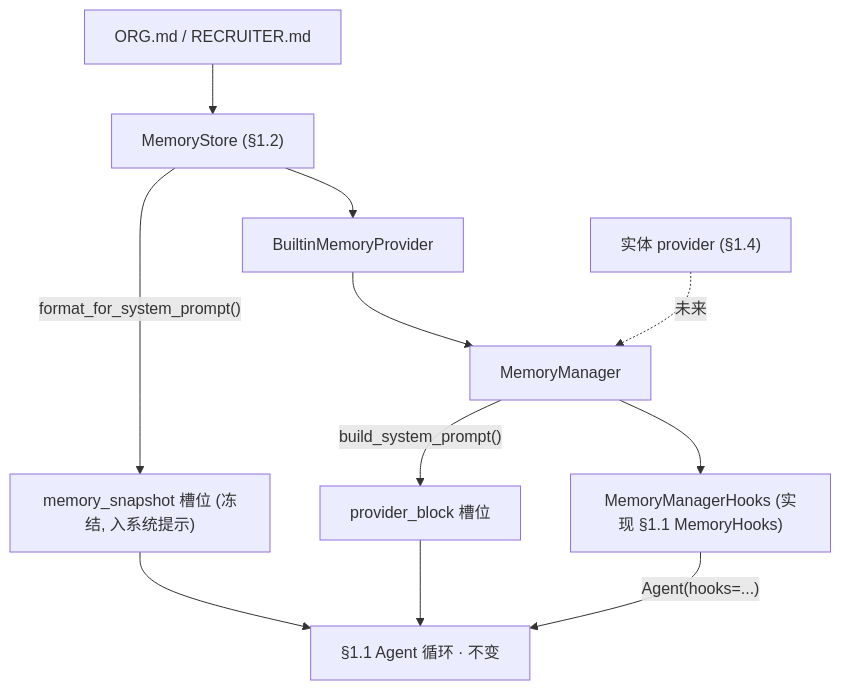
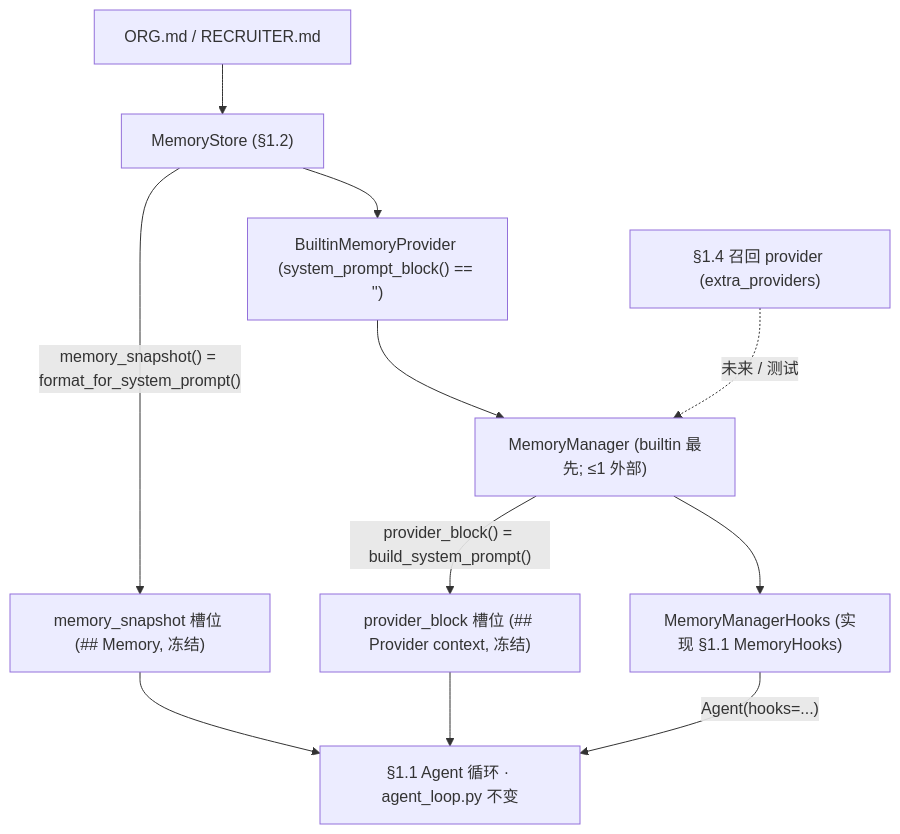
The first of 2 diagrams in site/devlog/p0-1.3-memory-provider-manager.md (Ruihang2017/Jobpin-Agent), drawn with Mermaid before and after one commit. The commit also changed other lines of this file and 5 other files, not shown here.

````diff
--- a/site/devlog/p0-1.3-memory-provider-manager.md
+++ b/site/devlog/p0-1.3-memory-provider-manager.md
@@ -23,13 +267,13 @@
 ```mermaid
 flowchart TD
     F["ORG.md / RECRUITER.md"] --> STORE["MemoryStore (§1.2)"]
-    STORE -->|"format_for_system_prompt()"| SNAP["memory_snapshot 槽位 (冻结, 入系统提示)"]
-    STORE --> BP["BuiltinMemoryProvider"]
-    BP --> MGR["MemoryManager"]
-    X4["实体 provider (§1.4)"] -. "未来" .-> MGR
-    MGR -->|"build_system_prompt()"| PB["provider_block 槽位"]
+    STORE -->|"memory_snapshot() = format_for_system_prompt()"| SNAP["memory_snapshot 槽位 (## Memory, 冻结)"]
+    STORE --> BP["BuiltinMemoryProvider (system_prompt_block() == '')"]
+    BP --> MGR["MemoryManager (builtin 最先; ≤1 外部)"]
+    X4["§1.4 召回 provider (extra_providers)"] -. "未来 / 测试" .-> MGR
+    MGR -->|"provider_block() = build_system_prompt()"| PB["provider_block 槽位 (## Provider context, 冻结)"]
     MGR --> HK["MemoryManagerHooks (实现 §1.1 MemoryHooks)"]
-    SNAP --> LOOP["§1.1 Agent 循环 · 不变"]
+    SNAP --> LOOP["§1.1 Agent 循环 · agent_loop.py 不变"]
     PB --> LOOP
     HK -->|"Agent(hooks=...)"| LOOP
 ```
````
